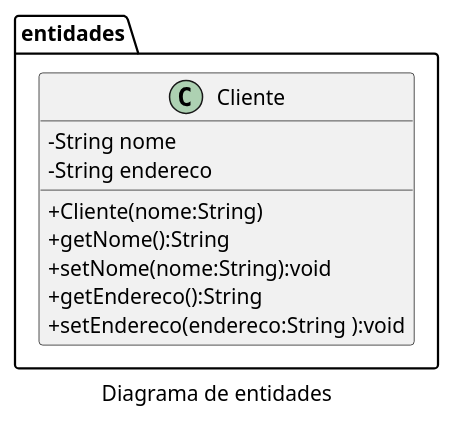
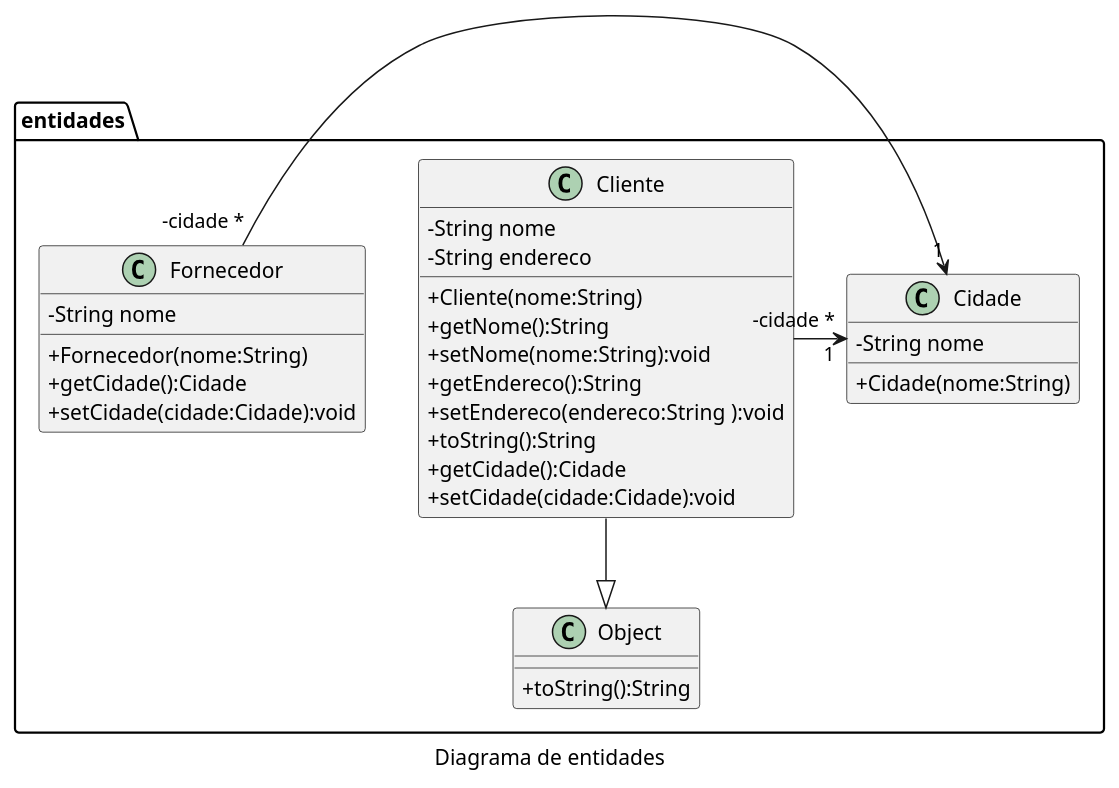
One commit to waltercoan/fso-turmaa-revoo changed the diagram in diagramas/classes.puml. Above: the diagram before and after it, drawn with PlantUML. The commit also changed 5 other files, not shown here.

```diff
--- a/diagramas/classes.puml
+++ b/diagramas/classes.puml
@@ -1,17 +1,36 @@
 @startuml
 skinparam classAttributeIconSize 0
 ' left to right direction
 caption Diagrama de entidades
 namespace entidades {
+    class Object{
+        + toString():String
+    }
     class Cliente {
         - String nome
         - String endereco
         + Cliente(nome:String)
         + getNome():String
         + setNome(nome:String):void
         + getEndereco():String
         + setEndereco(endereco:String ):void
+        + toString():String
+        + getCidade():Cidade
+        + setCidade(cidade:Cidade):void
     }
+    class Cidade {
+        - String nome
+        + Cidade(nome:String)
+    }
+    class Fornecedor {
+        - String nome
+        + Fornecedor(nome:String)
+        + getCidade():Cidade
+        + setCidade(cidade:Cidade):void
+    }
+    Cliente --|> Object
+    Cliente "-cidade *" -> "1" Cidade
+    Fornecedor "-cidade *" -> "1" Cidade
 }
 
 @enduml
```
